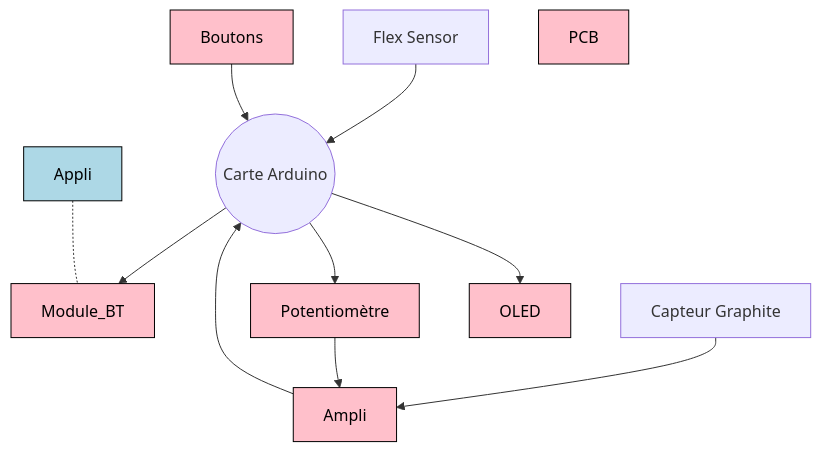
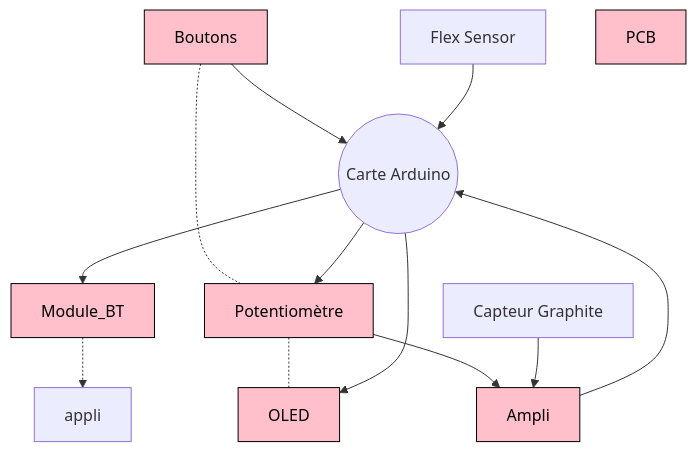
The diagram in README.md (MOSH-Insa-Toulouse/2023-2024-4GP-BriereRome-Clair), drawn with Mermaid before and after one commit. The commit also changed other lines of this file, not shown here.

````diff
--- a/README.md
+++ b/README.md
@@ -17,22 +17,24 @@
 ```mermaid
     graph TD;
     classDef PCB1 fill:pink,color:black,stroke:black;
     classDef App fill:lightblue,color:black,stroke:black;
-    A[Flex Sensor]-->B((Carte Arduino));
     B((Carte Arduino))-->Module_BT;
     Boutons-->B((Carte Arduino));
+    Ampli-->B((Carte Arduino));
+    Potentiomètre -.- OLED;
+    Potentiomètre-->Ampli; 
     D[Capteur Graphite]-->Ampli;
-    Ampli-->B((Carte Arduino));
-    Potentiomètre-->Ampli;
+    Boutons -.- Potentiomètre;
     B((Carte Arduino))-->Potentiomètre;
-    Appli -.- Module_BT;
+    Module_BT -.-> appli;
     B((Carte Arduino))-->OLED;
+    A[Flex Sensor]-->B((Carte Arduino));
     PCB
     class Ampli PCB1;
     class Potentiomètre PCB1;
     class Boutons PCB1;
     class OLED PCB1;
     class Module_BT PCB1;
     class Appli App;
     class PCB PCB1;
 ``` 
````
